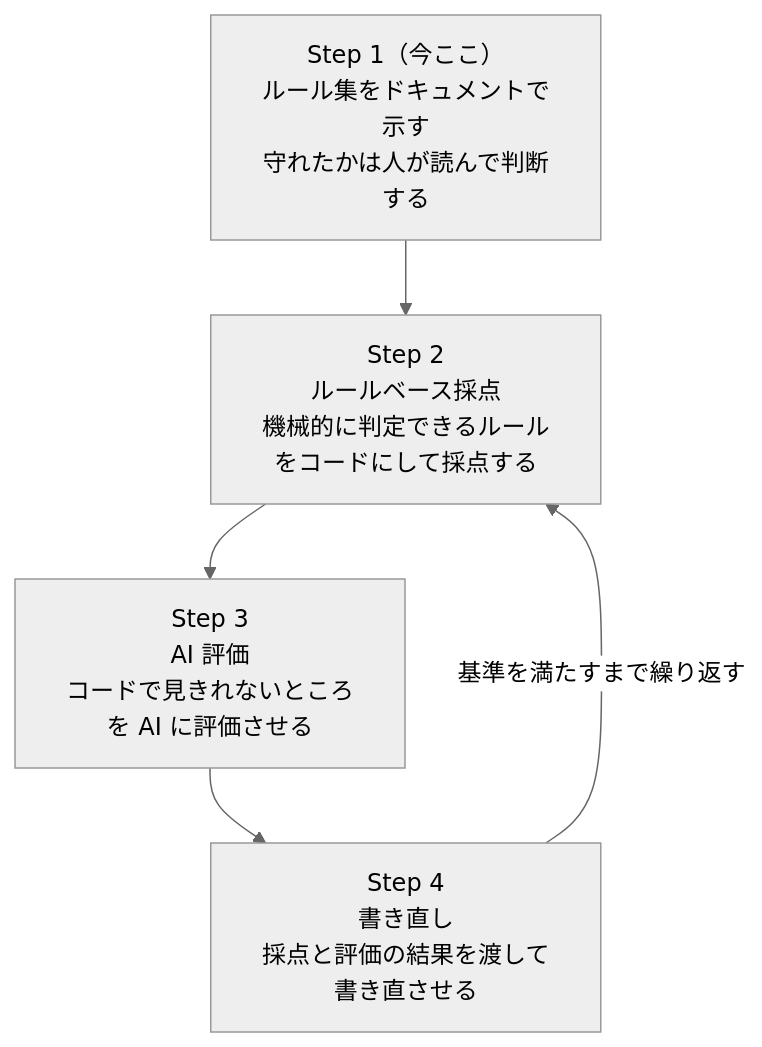
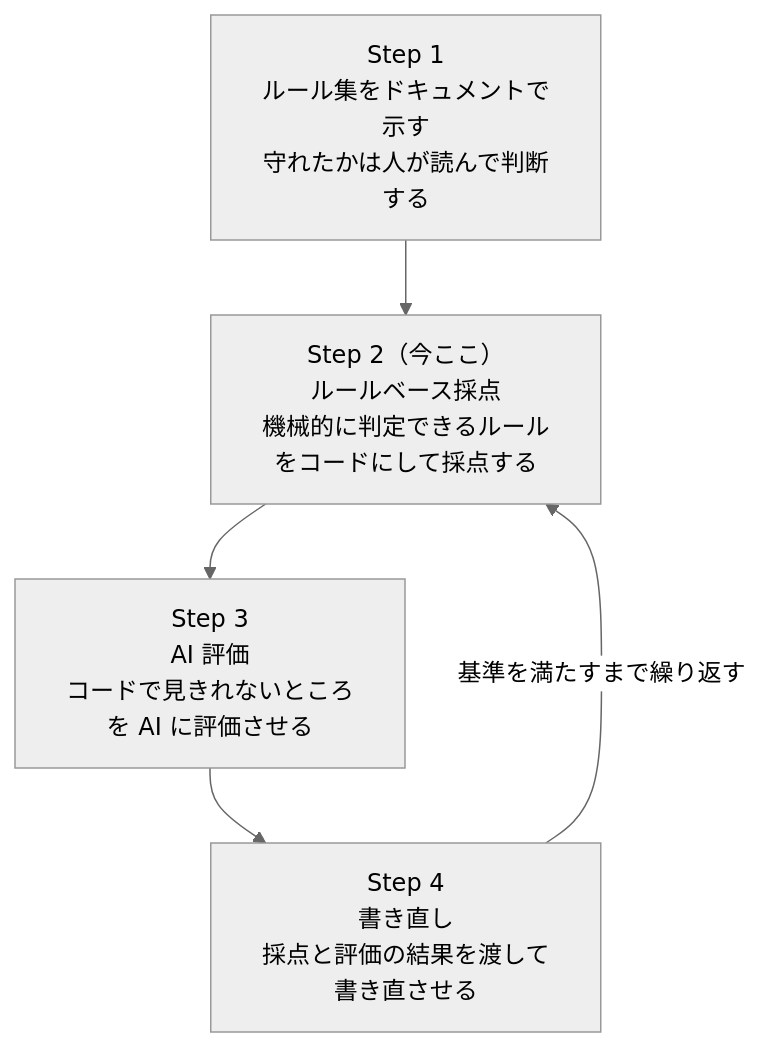
One commit to knk1313/docs-rules changed the diagram in README.md. Above: the diagram before and after it, drawn with Mermaid (neutral theme). The commit also changed 3 other files, not shown here.

````diff
--- a/README.md
+++ b/README.md
@@ -133,10 +133,10 @@
 ```mermaid
 flowchart TD
-    S1["Step 1（今ここ）<br>ルール集をドキュメントで示す<br>守れたかは人が読んで判断する"]
-    S2["Step 2<br>ルールベース採点<br>機械的に判定できるルールをコードにして採点する"]
+    S1["Step 1<br>ルール集をドキュメントで示す<br>守れたかは人が読んで判断する"]
+    S2["Step 2（今ここ）<br>ルールベース採点<br>機械的に判定できるルールをコードにして採点する"]
     S3["Step 3<br>AI 評価<br>コードで見きれないところを AI に評価させる"]
     S4["Step 4<br>書き直し<br>採点と評価の結果を渡して書き直させる"]
 
     S1 --> S2 --> S3 --> S4
     S4 -->|"基準を満たすまで繰り返す"| S2
 ```
````
